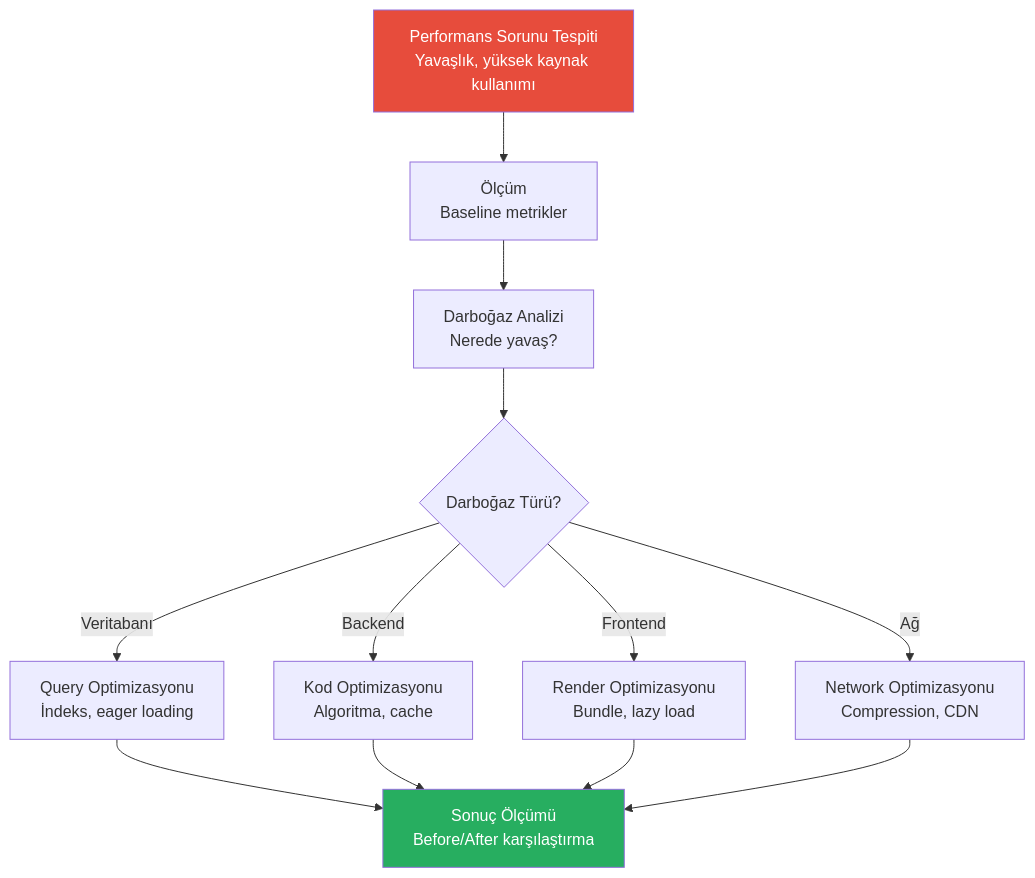
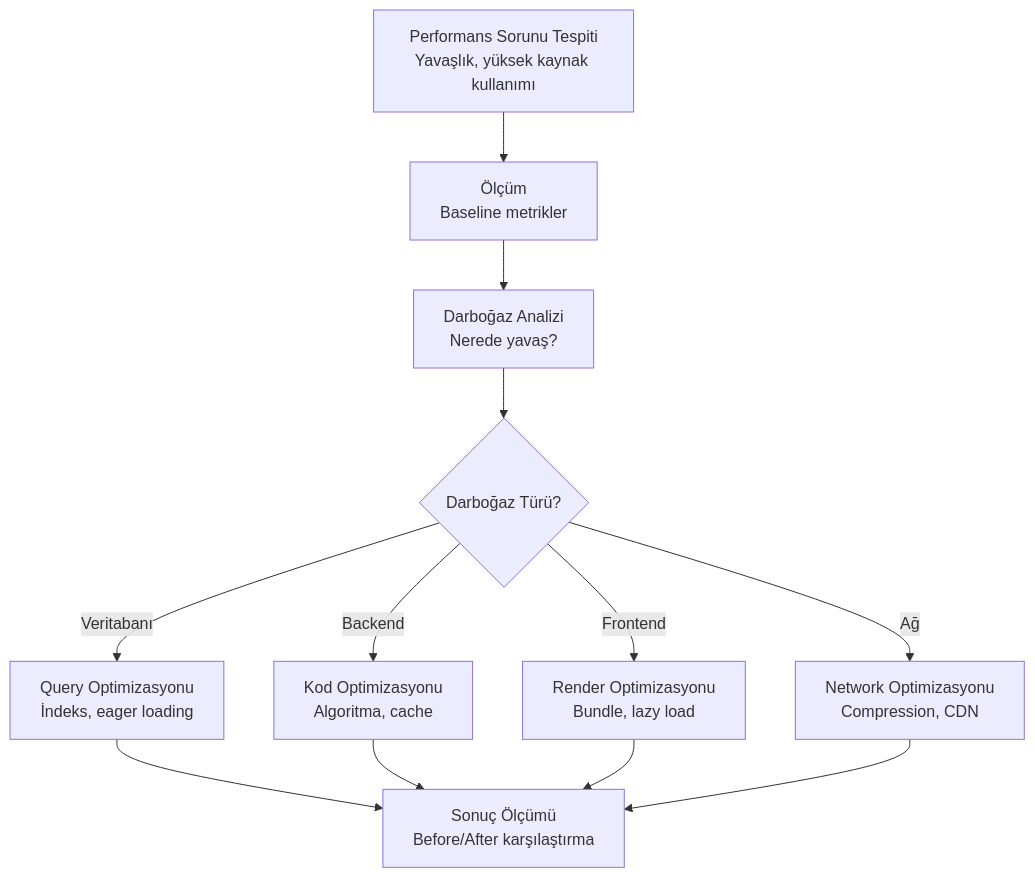
Before and after one commit to IzzetYasinAtes/ClaudeCodeHandbook: the diagram in 20-pratik-senaryolar/09-performans-optimizasyonu.md, drawn with Mermaid. The commit also changed 97 other files, not shown here.

Commit message:
Remove all custom Mermaid style/fill colors from 98 markdown files for consistent dark theme rendering

````diff
--- a/20-pratik-senaryolar/09-performans-optimizasyonu.md
+++ b/20-pratik-senaryolar/09-performans-optimizasyonu.md
@@ -16,17 +16,14 @@
 ```mermaid
 flowchart TD
     A["Performans Sorunu Tespiti<br/>Yavaşlık, yüksek kaynak kullanımı"] --> B["Ölçüm<br/>Baseline metrikler"]
     B --> C["Darboğaz Analizi<br/>Nerede yavaş?"]
     C --> D{"Darboğaz Türü?"}
     D -->|"Veritabanı"| E["Query Optimizasyonu<br/>İndeks, eager loading"]
     D -->|"Backend"| F["Kod Optimizasyonu<br/>Algoritma, cache"]
     D -->|"Frontend"| G["Render Optimizasyonu<br/>Bundle, lazy load"]
     D -->|"Ağ"| H["Network Optimizasyonu<br/>Compression, CDN"]
     E --> I["Sonuç Ölçümü<br/>Before/After karşılaştırma"]
     F --> I
     G --> I
     H --> I
-
-    style A fill:#E74C3C,color:#fff
-    style I fill:#27AE60,color:#fff
 ```
````
